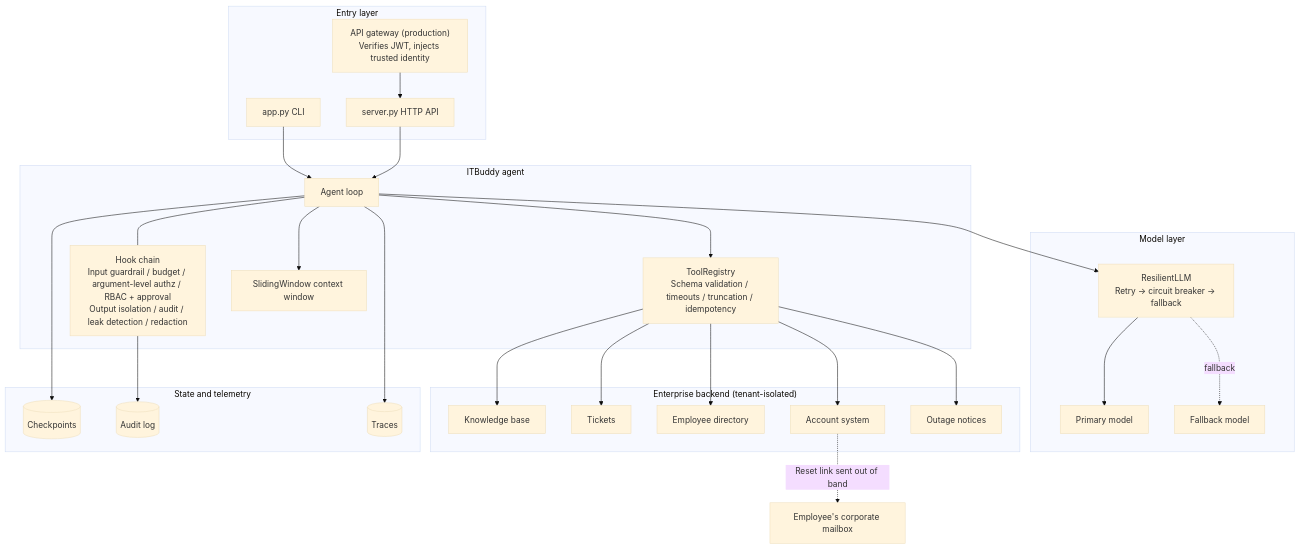
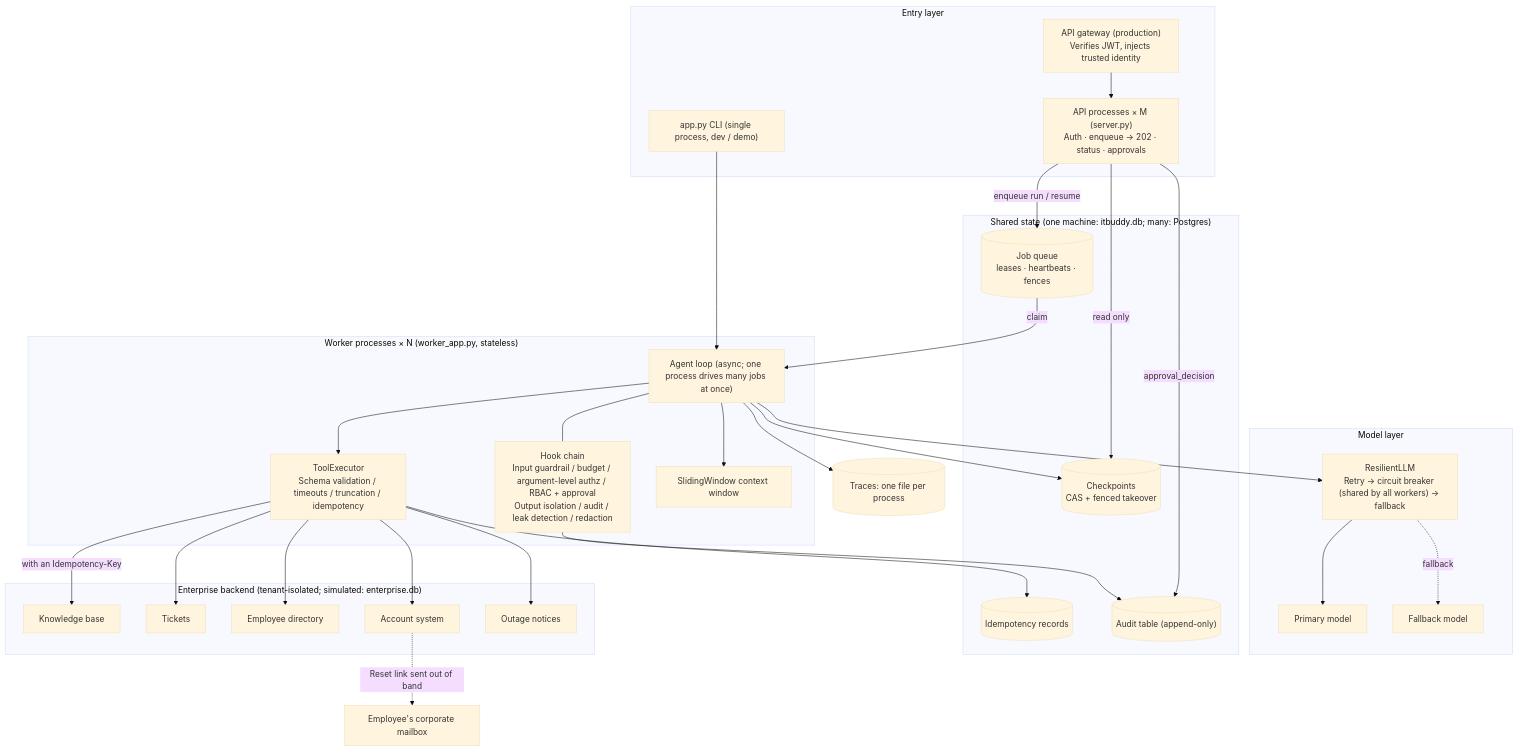
One commit to heaven999b/hello-agent-system changed the first of 2 diagrams in capstone/DESIGN.en.md. Above: the diagram before and after it, drawn with Mermaid (base theme). The commit also changed other lines of this file and 21 other files, not shown here.

First line of the commit message:
capstone: ITBuddy as API process + worker processes on SQLite

````diff
--- a/capstone/DESIGN.en.md
+++ b/capstone/DESIGN.en.md
@@ -148,49 +151,55 @@
 ```mermaid
 flowchart TB
     subgraph Entry["Entry layer"]
-        CLI["app.py CLI"]
-        API["server.py HTTP API"]
+        CLI["app.py CLI (single process, dev / demo)"]
         GW["API gateway (production)<br/>Verifies JWT, injects trusted identity"]
+        API["API processes × M (server.py)<br/>Auth · enqueue → 202 · status · approvals"]
     end
-    subgraph Core["ITBuddy agent"]
+    subgraph Workers["Worker processes × N (worker_app.py, stateless)"]
         HOOKS["Hook chain<br/>Input guardrail / budget / argument-level authz / RBAC + approval<br/>Output isolation / audit / leak detection / redaction"]
-        LOOP["Agent loop"]
-        REG["ToolRegistry<br/>Schema validation / timeouts / truncation / idempotency"]
+        LOOP["Agent loop (async; one process drives many jobs at once)"]
+        REG["ToolExecutor<br/>Schema validation / timeouts / truncation / idempotency"]
         CTX["SlidingWindow context window"]
     end
     subgraph Model["Model layer"]
-        RL["ResilientLLM<br/>Retry → circuit breaker → fallback"]
+        RL["ResilientLLM<br/>Retry → circuit breaker (shared by all workers) → fallback"]
         P["Primary model"]
         F["Fallback model"]
     end
-    subgraph Data["Enterprise backend (tenant-isolated)"]
+    subgraph Store["Shared state (one machine: itbuddy.db; many: Postgres)"]
+        Q[("Job queue<br/>leases · heartbeats · fences")]
+        CP[("Checkpoints<br/>CAS + fenced takeover")]
+        IDM[("Idempotency records")]
+        AUD[("Audit table (append-only)")]
+    end
+    subgraph Data["Enterprise backend (tenant-isolated; simulated: enterprise.db)"]
         KB["Knowledge base"]
         TK["Tickets"]
         DIR["Employee directory"]
         ACC["Account system"]
         ST["Outage notices"]
     end
-    subgraph Store["State and telemetry"]
-        CP[("Checkpoints")]
-        AUD[("Audit log")]
-        TR[("Traces")]
-    end
+    TR[("Traces: one file per process")]
     GW --> API
+    API -->|"enqueue run / resume"| Q
+    API -->|"read only"| CP
+    API -->|"approval_decision"| AUD
+    Q -->|"claim"| LOOP
     CLI --> LOOP
-    API --> LOOP
     LOOP --- HOOKS
     LOOP --> CTX
     LOOP --> REG
     LOOP --> RL
     RL --> P
     RL -.->|"fallback"| F
-    REG --> KB
+    REG --> IDM
+    REG -->|"with an Idempotency-Key"| KB
     REG --> TK
     REG --> DIR
     REG --> ACC
     REG --> ST
     LOOP --> CP
     HOOKS --> AUD
     LOOP --> TR
     ACC -.->|"Reset link sent out of band"| MAIL["Employee's corporate mailbox"]
 ```
````
